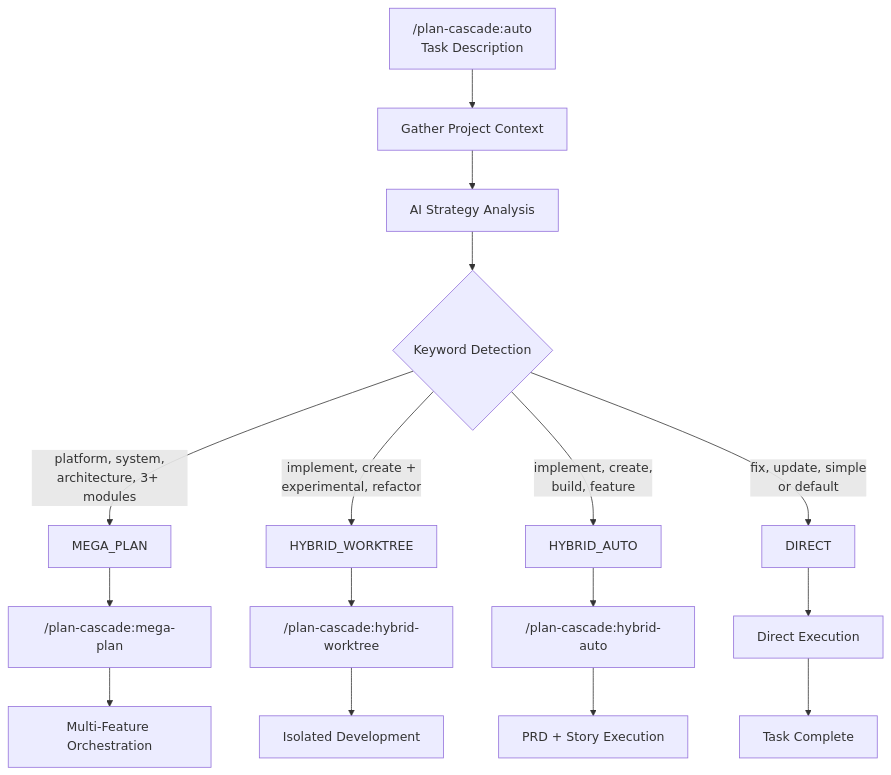
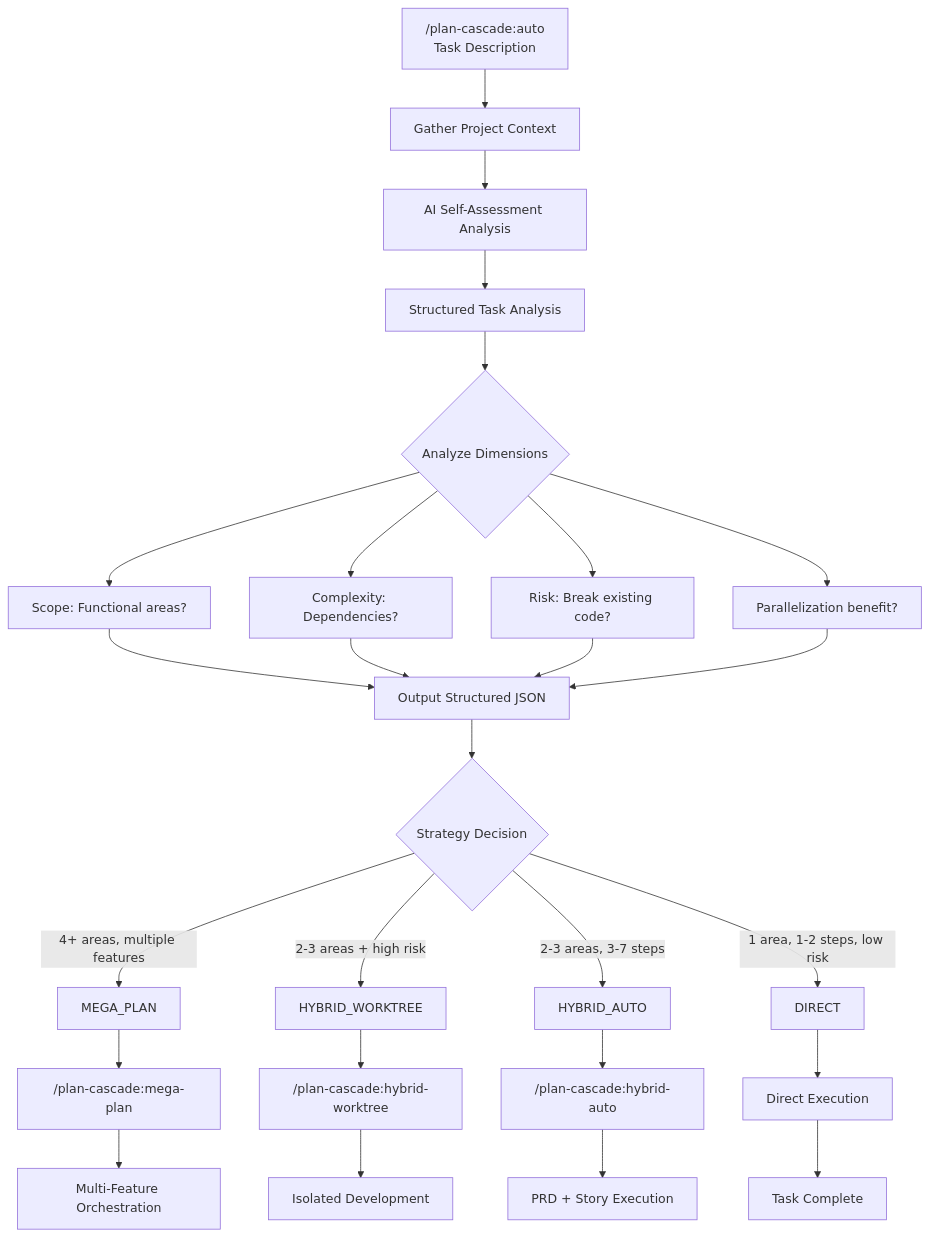
Before and after one commit to Taoidle/plan-cascade: the fourth of 13 diagrams in docs/System-Architecture.md, drawn with Mermaid. The commit also changed other lines of this file and 29 other files, not shown here.

````diff
--- a/docs/System-Architecture.md
+++ b/docs/System-Architecture.md
@@ -199,22 +212,35 @@
 ```mermaid
 flowchart TD
     A["/plan-cascade:auto<br/>Task Description"] --> B[Gather Project Context]
-    B --> C[AI Strategy Analysis]
+    B --> C[AI Self-Assessment Analysis]
 
-    C --> D{Keyword Detection}
+    C --> D[Structured Task Analysis]
 
-    D -->|"platform, system,<br/>architecture, 3+ modules"| E[MEGA_PLAN]
-    D -->|"implement, create +<br/>experimental, refactor"| F[HYBRID_WORKTREE]
-    D -->|"implement, create,<br/>build, feature"| G[HYBRID_AUTO]
-    D -->|"fix, update, simple<br/>or default"| H[DIRECT]
+    D --> E{Analyze Dimensions}
+    E --> E1[Scope: Functional areas?]
+    E --> E2[Complexity: Dependencies?]
+    E --> E3[Risk: Break existing code?]
+    E --> E4[Parallelization benefit?]
 
-    E --> I["/plan-cascade:mega-plan"]
-    F --> J["/plan-cascade:hybrid-worktree"]
-    G --> K["/plan-cascade:hybrid-auto"]
-    H --> L[Direct Execution]
+    E1 --> F[Output Structured JSON]
+    E2 --> F
+    E3 --> F
+    E4 --> F
 
-    I --> M[Multi-Feature Orchestration]
-    J --> N[Isolated Development]
-    K --> O[PRD + Story Execution]
-    L --> P[Task Complete]
+    F --> G{Strategy Decision}
+
+    G -->|"4+ areas, multiple features"| H[MEGA_PLAN]
+    G -->|"2-3 areas + high risk"| I[HYBRID_WORKTREE]
+    G -->|"2-3 areas, 3-7 steps"| J[HYBRID_AUTO]
+    G -->|"1 area, 1-2 steps, low risk"| K[DIRECT]
+
+    H --> L["/plan-cascade:mega-plan"]
+    I --> M["/plan-cascade:hybrid-worktree"]
+    J --> N["/plan-cascade:hybrid-auto"]
+    K --> O[Direct Execution]
+
+    L --> P[Multi-Feature Orchestration]
+    M --> Q[Isolated Development]
+    N --> R[PRD + Story Execution]
+    O --> S[Task Complete]
 ```
````
